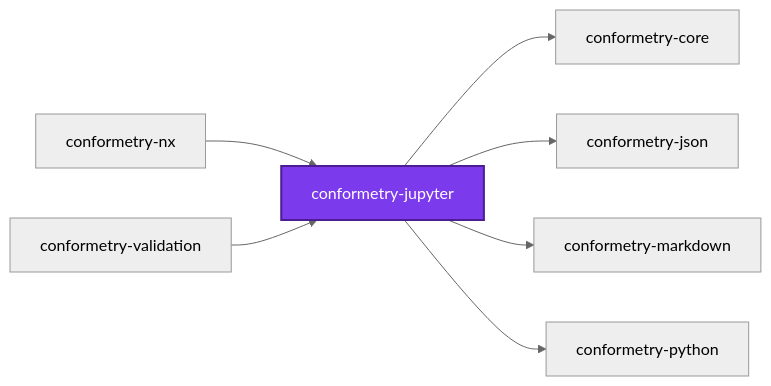
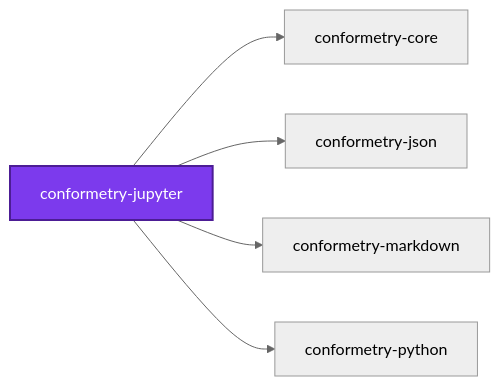
The first of 3 diagrams in packages/conformetry-jupyter/README.md (JimmyPaolini/codebase), drawn with Mermaid (neutral theme) before and after one commit. The commit also changed 32 other files, not shown here.

````diff
--- a/packages/conformetry-jupyter/README.md
+++ b/packages/conformetry-jupyter/README.md
@@ -144,18 +144,14 @@
 ```mermaid
 graph LR
   conformetry_core["conformetry-core"]
   conformetry_json["conformetry-json"]
   conformetry_jupyter["conformetry-jupyter"]
   conformetry_markdown["conformetry-markdown"]
-  conformetry_nx["conformetry-nx"]
   conformetry_python["conformetry-python"]
-  conformetry_validation["conformetry-validation"]
   conformetry_jupyter --> conformetry_core
   conformetry_jupyter --> conformetry_json
   conformetry_jupyter --> conformetry_markdown
   conformetry_jupyter --> conformetry_python
-  conformetry_nx --> conformetry_jupyter
-  conformetry_validation --> conformetry_jupyter
   classDef subject fill:#7c3aed,color:#fff,stroke:#4c1d95,stroke-width:2px
   class conformetry_jupyter subject
 ```
````
